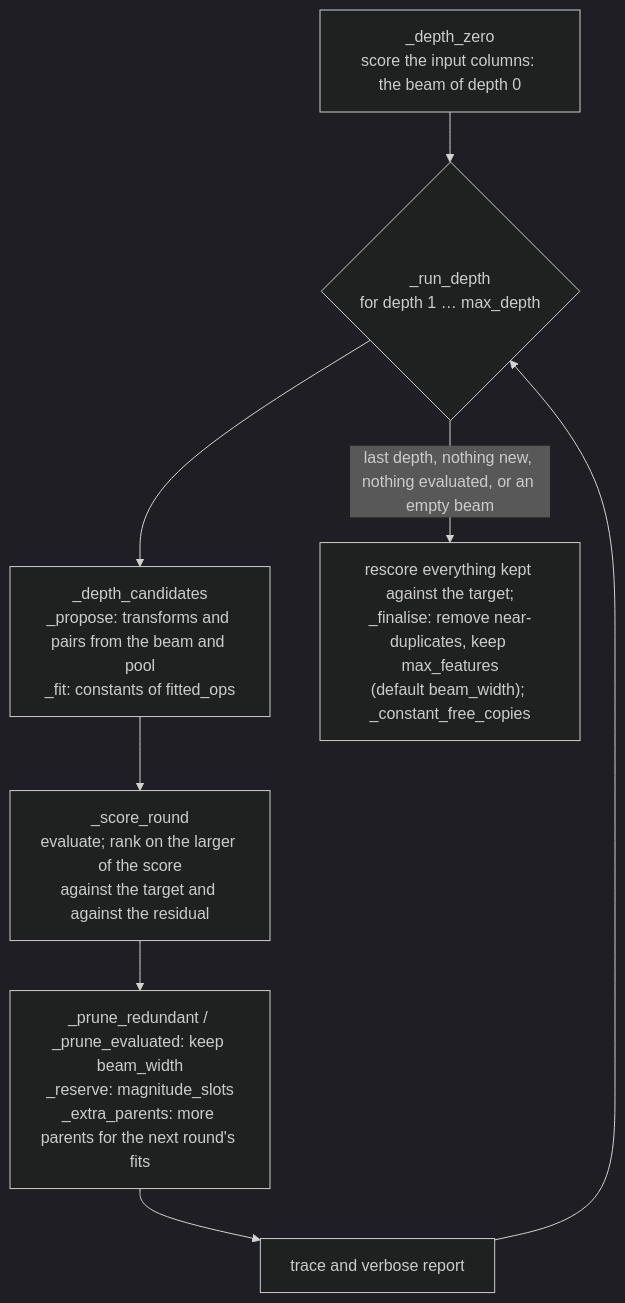
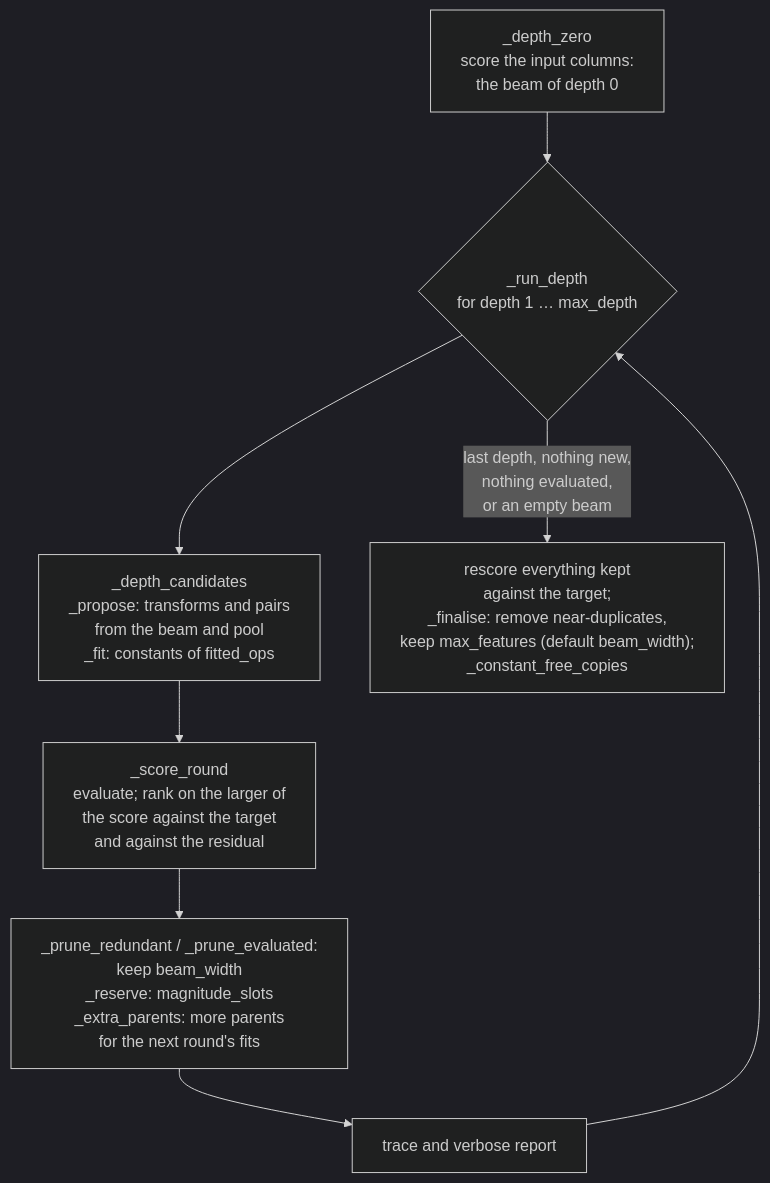
One commit to LD-Shell/beamfeat changed the second of 3 diagrams in ARCHITECTURE.md. Above: the diagram before and after it, drawn with Mermaid (dark theme). The commit also changed other lines of this file, not shown here.

Commit message:
ARCHITECTURE.md: diagram labels fit their boxes on GitHub

````diff
--- a/ARCHITECTURE.md
+++ b/ARCHITECTURE.md
@@ -65,11 +70,16 @@
 ```mermaid
+---
+config:
+  flowchart:
+    wrappingWidth: 600
+---
 flowchart TD
-    zero["_depth_zero<br/>score the input columns: the beam of depth 0"]
+    zero["_depth_zero<br/>score the input columns:<br/>the beam of depth 0"]
     zero --> depth{"_run_depth<br/>for depth 1 … max_depth"}
-    depth --> cand["_depth_candidates<br/>_propose: transforms and pairs from the beam and pool<br/>_fit: constants of fitted_ops"]
-    cand --> score["_score_round<br/>evaluate; rank on the larger of the score<br/>against the target and against the residual"]
-    score --> keep["_prune_redundant / _prune_evaluated: keep beam_width<br/>_reserve: magnitude_slots<br/>_extra_parents: more parents for the next round's fits"]
+    depth --> cand["_depth_candidates<br/>_propose: transforms and pairs<br/>from the beam and pool<br/>_fit: constants of fitted_ops"]
+    cand --> score["_score_round<br/>evaluate; rank on the larger of<br/>the score against the target<br/>and against the residual"]
+    score --> keep["_prune_redundant / _prune_evaluated:<br/>keep beam_width<br/>_reserve: magnitude_slots<br/>_extra_parents: more parents<br/>for the next round's fits"]
     keep --> record["trace and verbose report"]
     record --> depth
-    depth -->|"last depth, nothing new, nothing evaluated, or an empty beam"| fin["rescore everything kept against the target;<br/>_finalise: remove near-duplicates, keep max_features<br/>(default beam_width); _constant_free_copies"]
+    depth -->|"last depth, nothing new,<br/>nothing evaluated,<br/>or an empty beam"| fin["rescore everything kept<br/>against the target;<br/>_finalise: remove near-duplicates,<br/>keep max_features (default beam_width);<br/>_constant_free_copies"]
 ```
````
